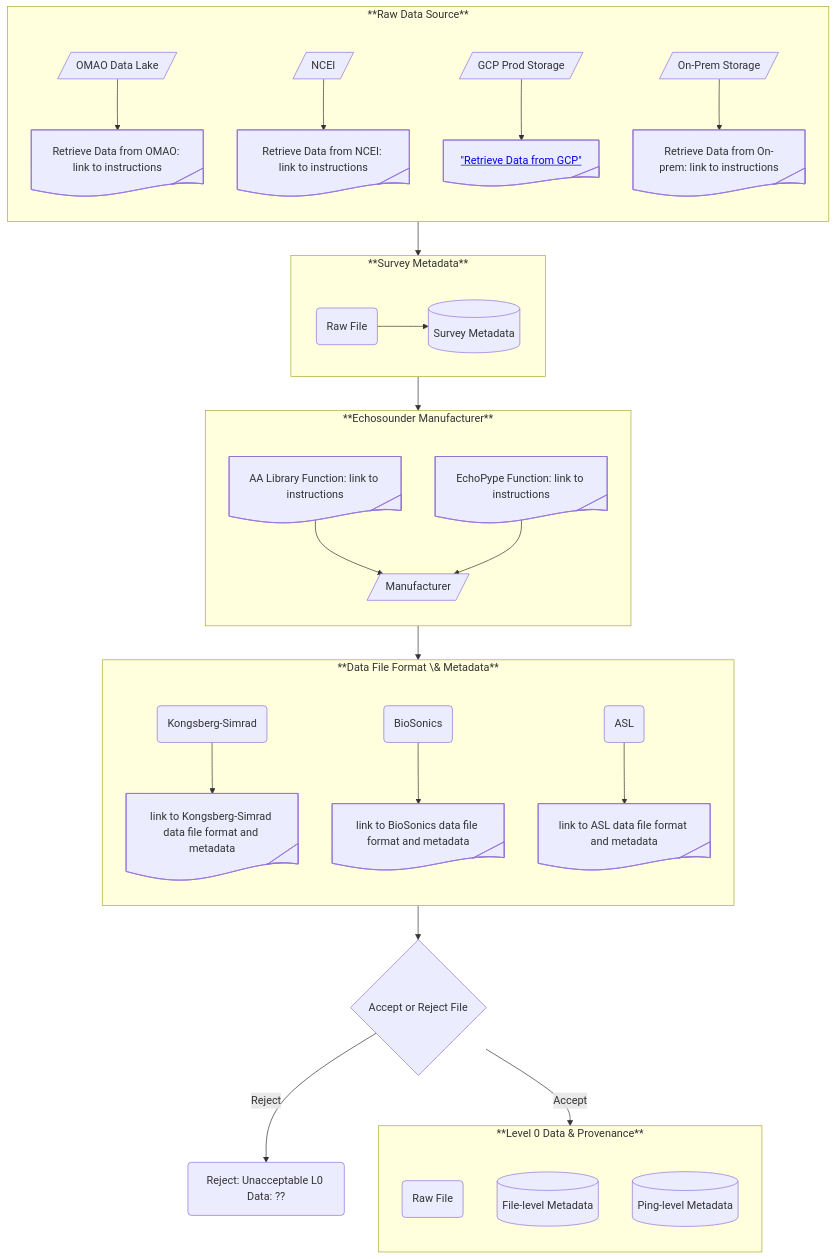
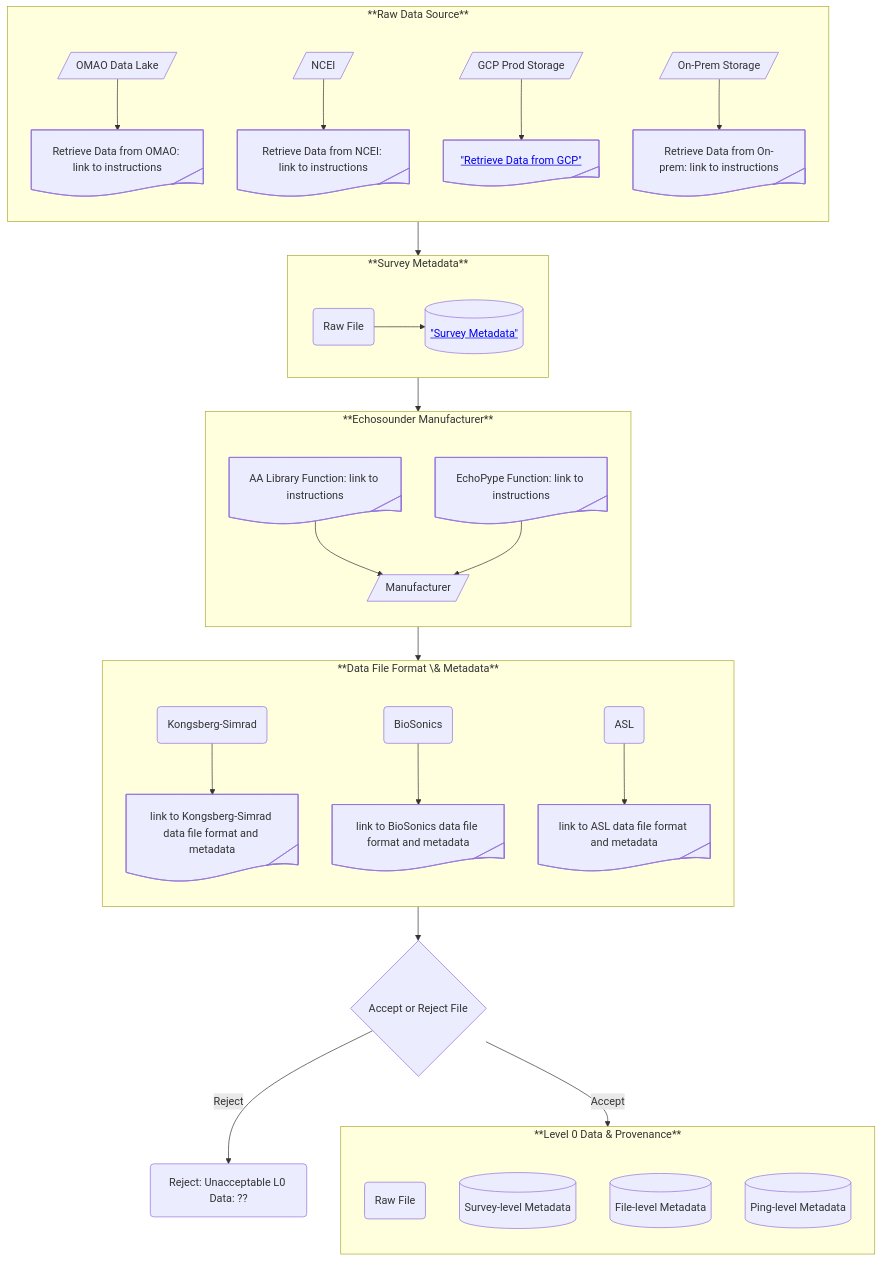
One commit to nmfs-ost/AA-SI_DataRoadMap changed the first of 5 diagrams in README.md. Above: the diagram before and after it, drawn with Mermaid.

Commit message:
Update survey metadata and level 0 data labels

````diff
--- a/README.md
+++ b/README.md
@@ -77,45 +77,45 @@
 ```mermaid
 ---
 config:
     flowchart:
         subGraphTitleMargin:
             "bottom": 30
 ---
 flowchart TB
     subgraph SG_L0_DataSource["**Raw Data Source**"]
         direction TB
         node_L0_SrcOMAO@{shape: lean-r, label: "OMAO Data Lake"} --> node_L0_OMAO@{ shape: tag-doc, label: "Retrieve Data from OMAO: link to instructions" }
         node_L0_SrcNCEI@{shape: lean-r, label: "NCEI"} --> node_L0_NCEI@{ shape: tag-doc, label: "Retrieve Data from NCEI: link to instructions" }
         node_L0_SrcGCP@{shape: lean-r, label: "GCP Prod Storage"} --> node_L0_GCP@{ shape: tag-doc, label: <a href="https://nmfs-ost.github.io/AA-SI_aalibrary/documentation/aalibrary"> "Retrieve Data from GCP"</a> }
         node_L0_SrcOP@{shape: lean-r, label: "On-Prem Storage"} --> node_L0_OP@{ shape: tag-doc, label: "Retrieve Data from On-prem: link to instructions" }
         %%style node_SrcOMAO color:blue
     end
     subgraph SG_L0_SurveyMetaData["**Survey Metadata**"]
         direction LR
-        node_L0_RF@{ shape: rounded, label: "Raw File" } --> node_L0_SMD@{ shape: database, label: <a href="https://console.cloud.google.com/bigquery?referrer=search&hl=en&invt=AbuwBQ&project=ggn-nmfs-aa-prod-1&rapt=AEjHL4OlTXzJnY9sYCgfXyE2O-JiDhka0a7L5x-wbqt9b1oGX4FYsSypa0yHTreTWIObb16IvbSrulruSRbU7J1RMJ_6Aw5owoIpWqU-wEbjaa8NZEvOt7A"> "test Survey Metadata" </a> }
+        node_L0_RF@{ shape: rounded, label: "Raw File" } --> node_L0_SMD@{ shape: database, label: <a href="https://console.cloud.google.com/bigquery?referrer=search&hl=en&invt=AbuwBQ&project=ggn-nmfs-aa-prod-1&rapt=AEjHL4OlTXzJnY9sYCgfXyE2O-JiDhka0a7L5x-wbqt9b1oGX4FYsSypa0yHTreTWIObb16IvbSrulruSRbU7J1RMJ_6Aw5owoIpWqU-wEbjaa8NZEvOt7A"> "Survey Metadata" </a> }
     end
     subgraph SG_L0_ESManufacturer["**Echosounder Manufacturer**"]
         direction TB
         node_L0_AL1@{shape: tag-doc, label: "AA Library Function: link to instructions"} --> node_L0_Man@{ shape: lean-r, label: "Manufacturer" }
         node_L0_AL2@{shape: tag-doc, label: "EchoPype Function: link to instructions"} --> node_L0_Man
     end
     subgraph SG_L0_ESMetaData["**Data File Format \& Metadata**"]
         direction TB
         node_L0_KS@{ shape: rounded, label: "Kongsberg-Simrad" } --> node_L0_KSMD@{ shape: tag-doc, label: "link to Kongsberg-Simrad data file format and metadata" }
         node_L0_BS@{ shape: rounded, label: "BioSonics" } --> node_L0_BSMD@{ shape: tag-doc, label: "link to BioSonics data file format and metadata" }
         node_L0_ASL@{ shape: rounded, label: "ASL" } --> node_L0_ASLMD@{ shape: tag-doc, label: "link to ASL data file format and metadata" }
     end
     subgraph SG_L0_Data["**Level 0 Data & Provenance**"]
         direction TB
         node_L0_RD@{ shape: rounded, label: "Raw File" }
-        node_L0_SMD@{ shape: database, label: "Survey Metadata" }
-        node_L0_FMD@{ shape: database, label: "File-level Metadata" }
-        node_L0_PMD@{ shape: database, label: "Ping-level Metadata" }
+        node_L0_SLMD@{ shape: database, label: "Survey-level Metadata" }
+        node_L0_FLMD@{ shape: database, label: "File-level Metadata" }
+        node_L0_PLMD@{ shape: database, label: "Ping-level Metadata" }
     end
     SG_L0_DataSource --> SG_L0_SurveyMetaData
     SG_L0_SurveyMetaData --> SG_L0_ESManufacturer
     SG_L0_ESManufacturer --> SG_L0_ESMetaData
     SG_L0_ESMetaData --> node_AcceptReject@{ shape: diamond, label: "Accept or Reject File" }
     node_AcceptReject --> |Accept| SG_L0_Data
     node_AcceptReject --> |Reject| node_Reject_L0@{ shape: rounded, label: "Reject: Unacceptable L0 Data: ??" }
 ```
````
